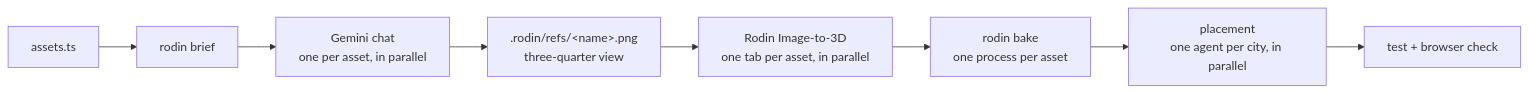
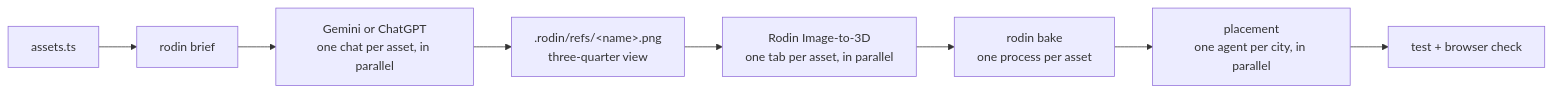
The diagram in docs/rodin-pipeline.md (lnanhkhoa/city-diorama), drawn with Mermaid before and after one commit. The commit also changed other lines of this file and 47 other files, not shown here.

````diff
--- a/docs/rodin-pipeline.md
+++ b/docs/rodin-pipeline.md
@@ -13,10 +13,10 @@
 ```mermaid
 flowchart LR
   M[assets.ts] --> B[rodin brief]
-  B --> G["Gemini chat<br/>one per asset, in parallel"]
+  B --> G["Gemini or ChatGPT<br/>one chat per asset, in parallel"]
   G --> I[".rodin/refs/&lt;name&gt;.png<br/>three-quarter view"]
   I --> R["Rodin Image-to-3D<br/>one tab per asset, in parallel"]
   R --> K["rodin bake<br/>one process per asset"]
   K --> P["placement<br/>one agent per city, in parallel"]
   P --> V[test + browser check]
 ```
````
